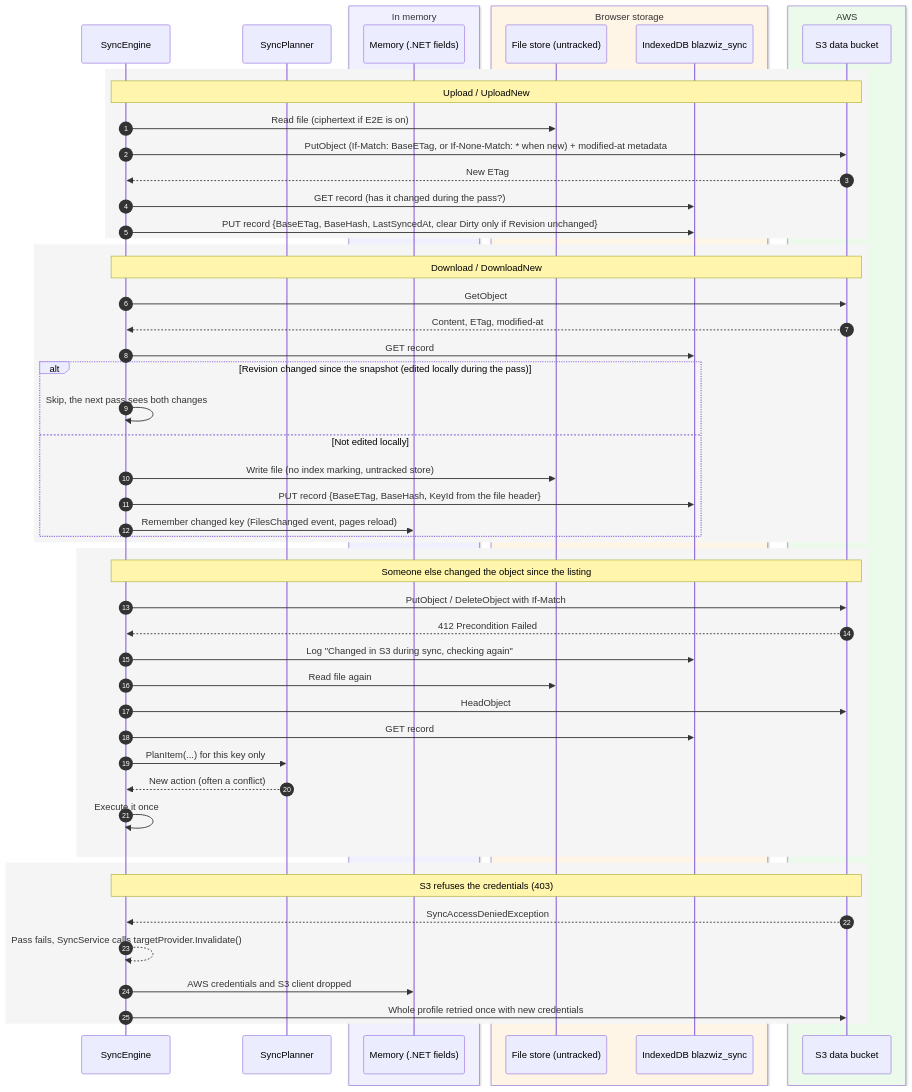
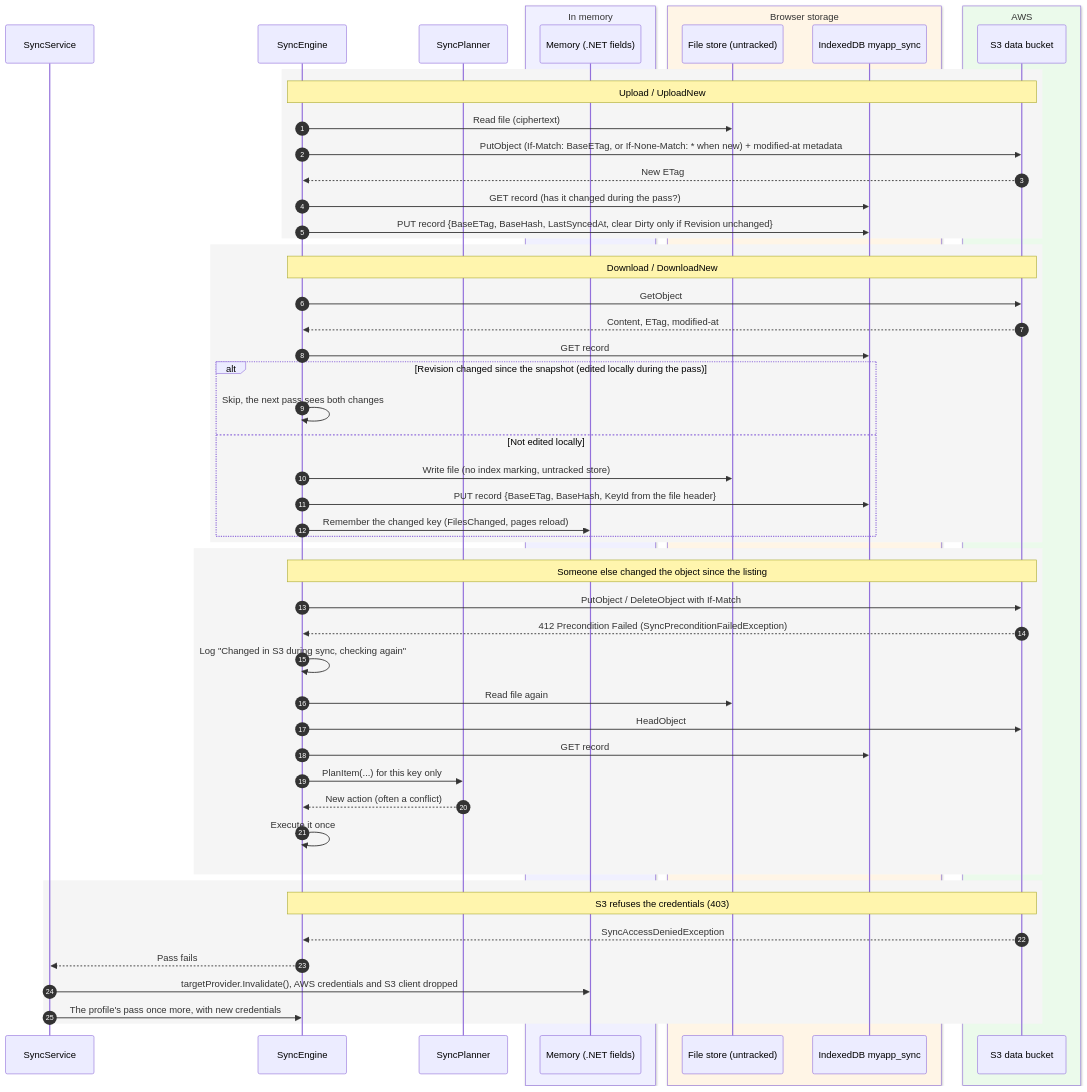
Before and after one commit to devoctomy/blazwiz: the fifth of 7 diagrams in docs/diagrams/sync.md, drawn with Mermaid. The commit also changed other lines of this file and 9 other files, not shown here.

First line of the commit message:
chore: update to documents / diagrams and agents (#17)

````diff
--- a/docs/diagrams/sync.md
+++ b/docs/diagrams/sync.md
@@ -245,60 +349,61 @@
 ```mermaid
 sequenceDiagram
     autonumber
+    participant Svc as SyncService
     participant Eng as SyncEngine
     participant Plan as SyncPlanner
     box rgb(240,240,255) In memory
         participant Mem as Memory (.NET fields)
     end
     box rgb(255,245,230) Browser storage
         participant Files as File store (untracked)
-        participant IDB as IndexedDB blazwiz_sync
+        participant IDB as IndexedDB myapp_sync
     end
     box rgb(235,250,235) AWS
         participant S3 as S3 data bucket
     end
 
     rect rgb(245,245,245)
     Note over Eng,S3: Upload / UploadNew
-    Eng->>Files: Read file (ciphertext if E2E is on)
+    Eng->>Files: Read file (ciphertext)
     Eng->>S3: PutObject (If-Match: BaseETag, or If-None-Match: * when new) + modified-at metadata
     S3-->>Eng: New ETag
     Eng->>IDB: GET record (has it changed during the pass?)
     Eng->>IDB: PUT record {BaseETag, BaseHash, LastSyncedAt, clear Dirty only if Revision unchanged}
     end
 
     rect rgb(245,245,245)
     Note over Eng,S3: Download / DownloadNew
     Eng->>S3: GetObject
     S3-->>Eng: Content, ETag, modified-at
     Eng->>IDB: GET record
     alt Revision changed since the snapshot (edited locally during the pass)
         Eng->>Eng: Skip, the next pass sees both changes
     else Not edited locally
         Eng->>Files: Write file (no index marking, untracked store)
         Eng->>IDB: PUT record {BaseETag, BaseHash, KeyId from the file header}
-        Eng->>Mem: Remember changed key (FilesChanged event, pages reload)
+        Eng->>Mem: Remember the changed key (FilesChanged, pages reload)
     end
     end
 
     rect rgb(245,245,245)
     Note over Eng,S3: Someone else changed the object since the listing
     Eng->>S3: PutObject / DeleteObject with If-Match
-    S3-->>Eng: 412 Precondition Failed
-    Eng->>IDB: Log "Changed in S3 during sync, checking again"
+    S3-->>Eng: 412 Precondition Failed (SyncPreconditionFailedException)
+    Eng->>Eng: Log "Changed in S3 during sync, checking again"
     Eng->>Files: Read file again
     Eng->>S3: HeadObject
     Eng->>IDB: GET record
     Eng->>Plan: PlanItem(...) for this key only
     Plan-->>Eng: New action (often a conflict)
     Eng->>Eng: Execute it once
     end
 
     rect rgb(245,245,245)
     Note over Eng,S3: S3 refuses the credentials (403)
     S3-->>Eng: SyncAccessDeniedException
-    Eng-->>Eng: Pass fails, SyncService calls targetProvider.Invalidate()
-    Eng->>Mem: AWS credentials and S3 client dropped
-    Eng->>S3: Whole profile retried once with new credentials
+    Eng-->>Svc: Pass fails
+    Svc->>Mem: targetProvider.Invalidate(), AWS credentials and S3 client dropped
+    Svc->>Eng: The profile's pass once more, with new credentials
     end
 ```
````
